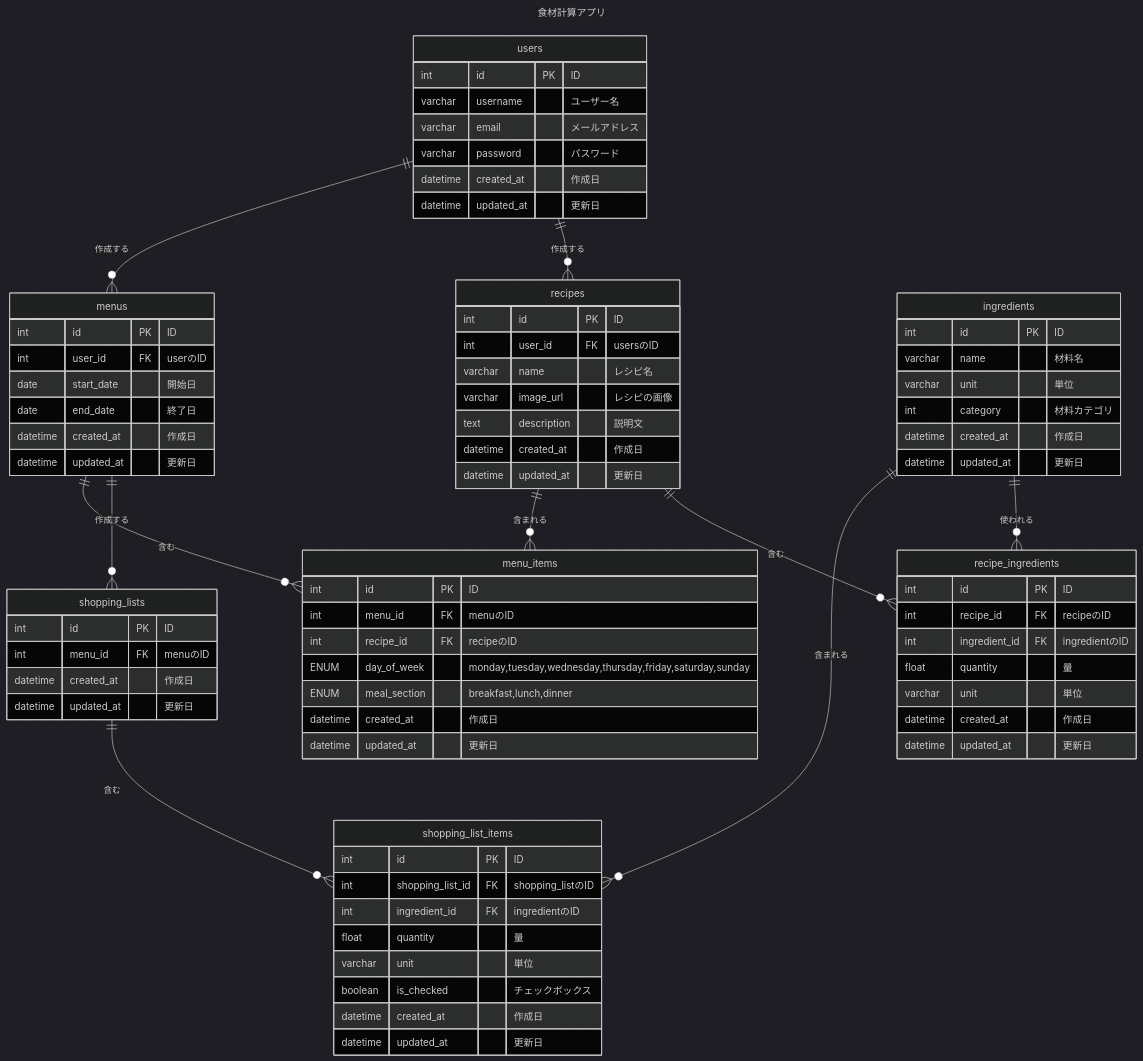
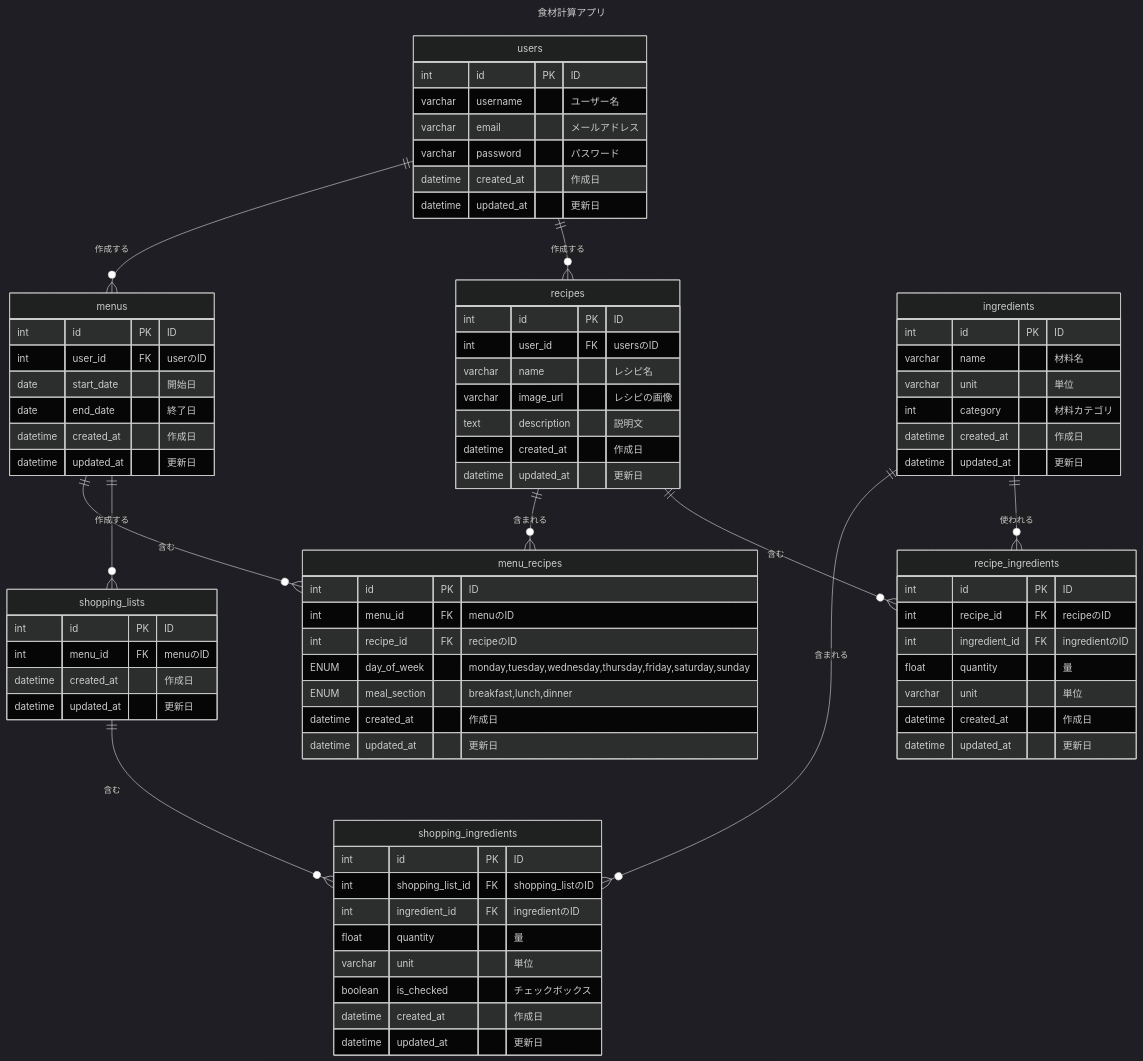
Before and after one commit to Syumai3/recipe-shopper-app: the diagram in backend/docs/er.md, drawn with Mermaid (dark theme).

Commit message:
fix:テーブル名を修正

```diff
--- a/backend/docs/er.md
+++ b/backend/docs/er.md
@@ -9,12 +9,12 @@
     users ||--o{ recipes : "作成する"
     users ||--o{ menus : "作成する"
     recipes ||--o{ recipe_ingredients : "含む"
-    recipes ||--o{ menu_items : "含まれる"
+    recipes ||--o{ menu_recipes : "含まれる"
     ingredients ||--o{ recipe_ingredients : "使われる"
     menus  ||--o{ shopping_lists : "作成する"
-    menus  ||--o{ menu_items : "含む"
-    shopping_lists  ||--o{ shopping_list_items : "含む"
-    ingredients ||--o{ shopping_list_items : "含まれる"
+    menus  ||--o{ menu_recipes : "含む"
+    shopping_lists  ||--o{ shopping_ingredients : "含む"
+    ingredients ||--o{ shopping_ingredients : "含まれる"
 
 
     users {
@@ -65,7 +65,7 @@
         datetime updated_at "更新日"
     }
 
-    menu_items {
+    menu_recipes {
         int id PK "ID"
         int menu_id FK "menuのID"
         int recipe_id FK "recipeのID"
@@ -82,7 +82,7 @@
         datetime updated_at "更新日"
     }
 
-     shopping_list_items {
+     shopping_ingredients {
         int id PK "ID"
         int shopping_list_id FK "shopping_listのID"
         int ingredient_id FK "ingredientのID"
```
